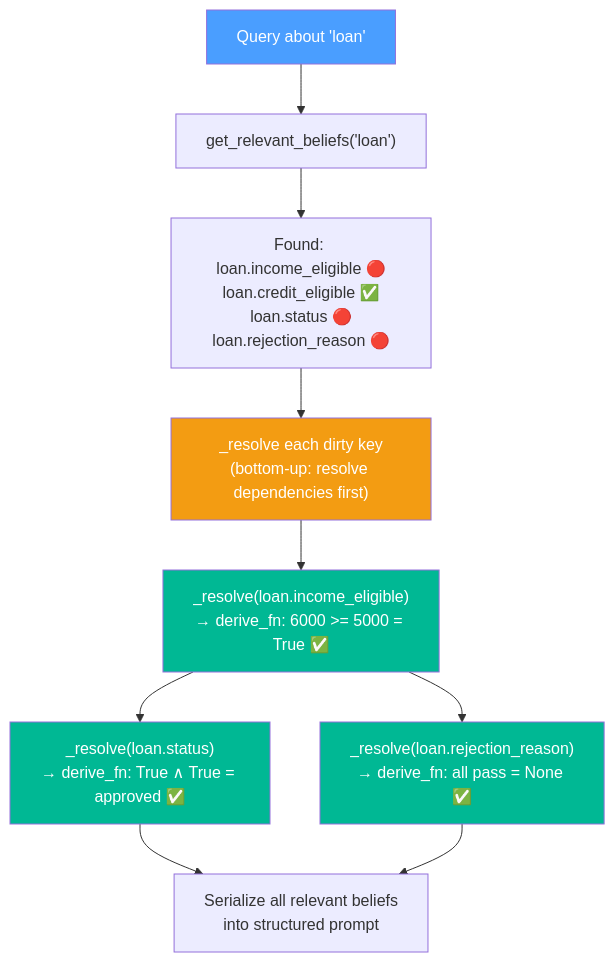
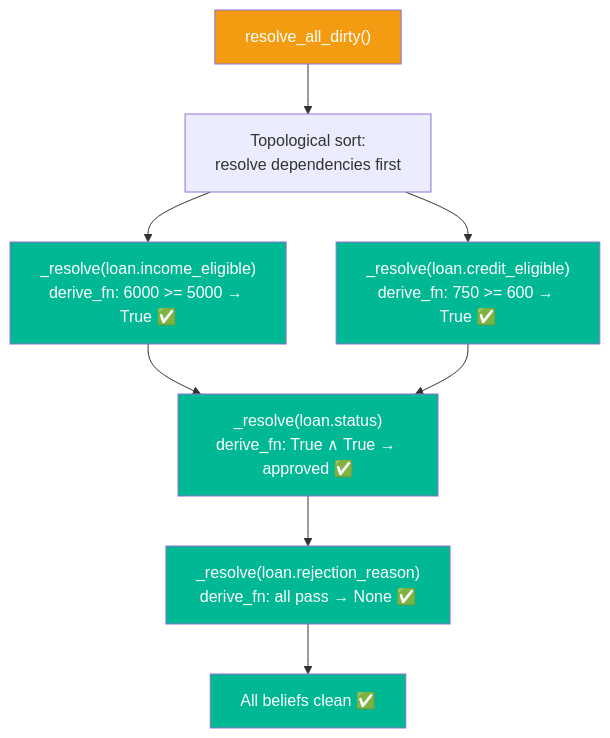
The fourth of 5 diagrams in Final Agreed Implementation.md (sultann-301/Belief-Aware-LLMs), drawn with Mermaid before and after one commit. The commit also changed other lines of this file and 1 other file, not shown here.

````diff
--- a/Final Agreed Implementation.md
+++ b/Final Agreed Implementation.md
@@ -176,19 +148,21 @@
 ```mermaid
 graph TD
-    QUERY["Query about 'loan'"] --> GET["get_relevant_beliefs('loan')"]
-    GET --> FOUND["Found: loan.income_eligible 🔴<br/>loan.credit_eligible ✅<br/>loan.status 🔴<br/>loan.rejection_reason 🔴"]
-    FOUND --> RESOLVE["_resolve each dirty key<br/>(bottom-up: resolve dependencies first)"]
+    START["resolve_all_dirty()"]
+    SORT["Topological sort:<br/>resolve dependencies first"]
+    R1["_resolve(loan.income_eligible)<br/>derive_fn: 6000 >= 5000 → True ✅"]
+    R2["_resolve(loan.credit_eligible)<br/>derive_fn: 750 >= 600 → True ✅"]
+    R3["_resolve(loan.status)<br/>derive_fn: True ∧ True → approved ✅"]
+    R4["_resolve(loan.rejection_reason)<br/>derive_fn: all pass → None ✅"]
+    CLEAN["All beliefs clean ✅"]
 
-    RESOLVE --> R1["_resolve(loan.income_eligible)<br/>→ derive_fn: 6000 >= 5000 = True ✅"]
-    R1 --> R2["_resolve(loan.status)<br/>→ derive_fn: True ∧ True = approved ✅"]
-    R1 --> R3["_resolve(loan.rejection_reason)<br/>→ derive_fn: all pass = None ✅"]
+    START --> SORT --> R1 --> R3
+    SORT --> R2 --> R3
+    R3 --> R4 --> CLEAN
 
-    R2 --> SERIALIZE["Serialize all relevant beliefs<br/>into structured prompt"]
-    R3 --> SERIALIZE
-
-    style QUERY fill:#4a9eff,color:#fff
-    style RESOLVE fill:#f39c12,color:#fff
+    style START fill:#f39c12,color:#fff
+    style CLEAN fill:#00b894,color:#fff
     style R1 fill:#00b894,color:#fff
     style R2 fill:#00b894,color:#fff
     style R3 fill:#00b894,color:#fff
+    style R4 fill:#00b894,color:#fff
 ```
````
